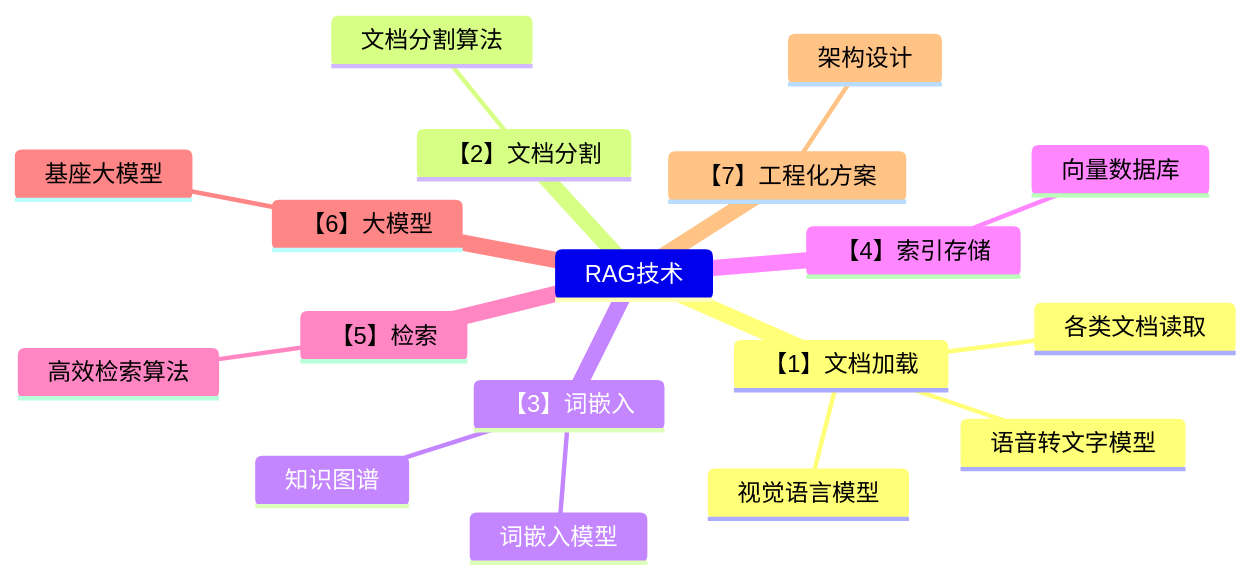
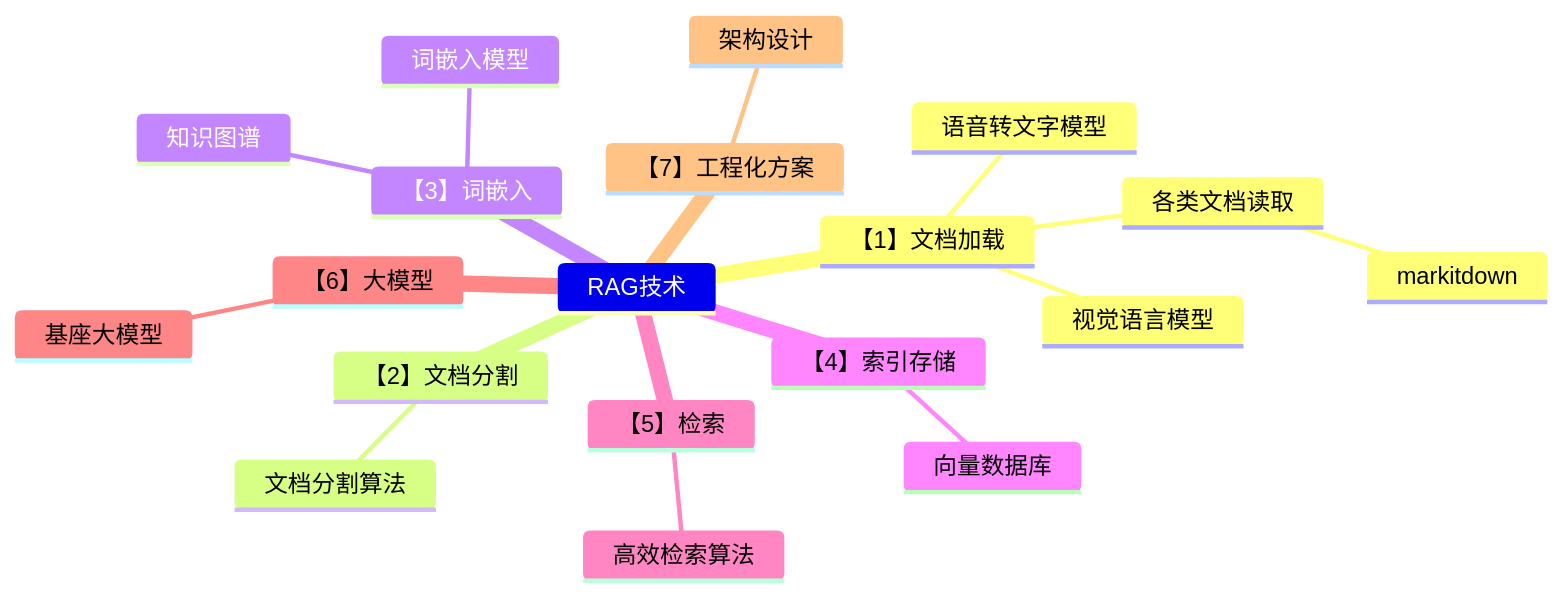
One commit to wallace-lai/rag-dev changed the diagram in README.md. Above: the diagram before and after it, drawn with Mermaid.

````diff
--- a/README.md
+++ b/README.md
@@ -9,21 +9,22 @@
 ```mermaid
 mindmap
 RAG技术
     【1】文档加载
         各类文档读取
+            markitdown
         语音转文字模型
         视觉语言模型
     【2】文档分割
         文档分割算法
     【3】词嵌入
         词嵌入模型
         知识图谱
     【4】索引存储
         向量数据库
     【5】检索
         高效检索算法
     【6】大模型
         基座大模型
     【7】工程化方案
         架构设计
 ```
````
